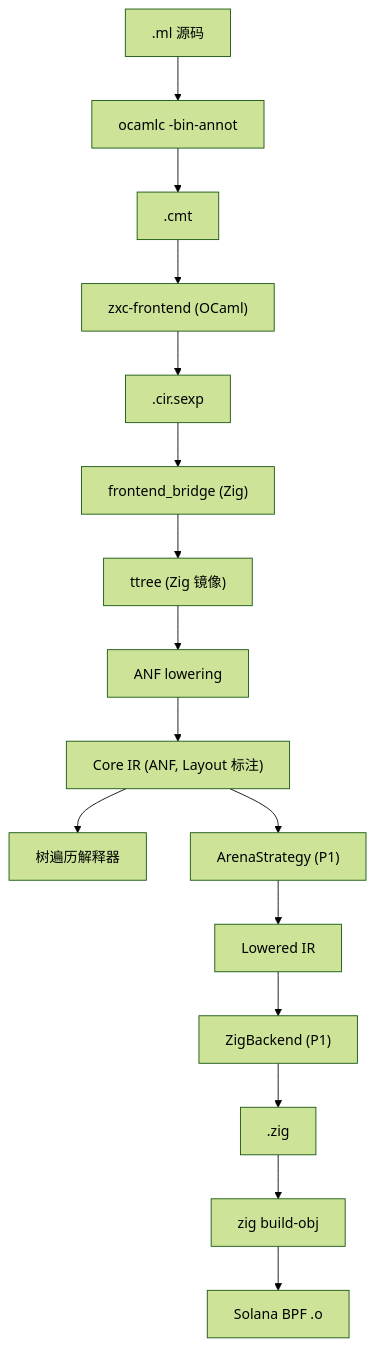
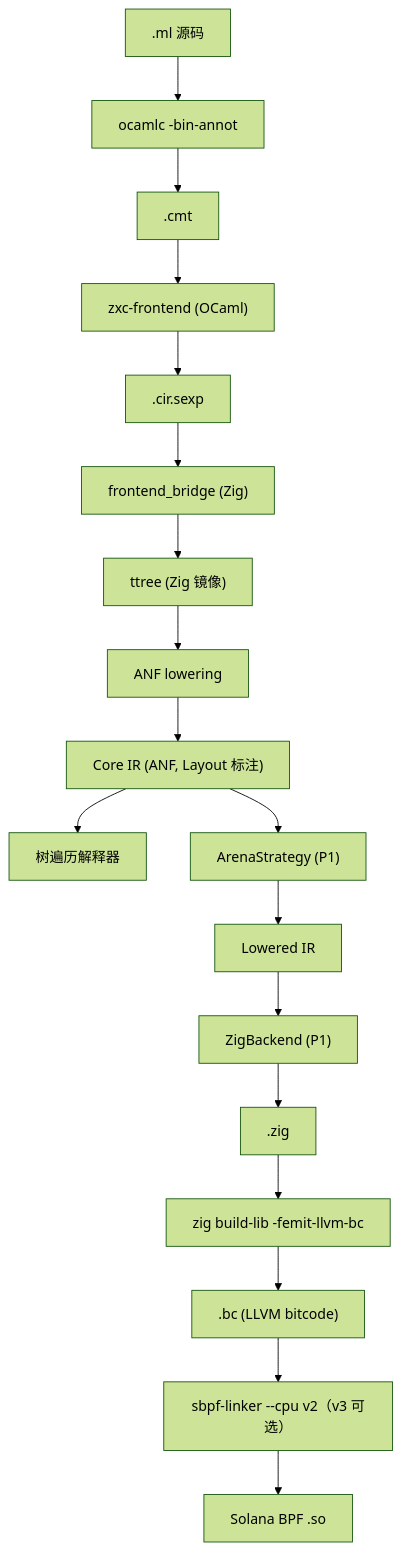
Before and after one commit to DaviRain-Su/zxcaml: the diagram in docs/zh/01-architecture.md, drawn with Mermaid (forest theme). The commit also changed other lines of this file and 1 other file, not shown here.

Commit message:
docs(architecture): align §4 mermaid diagram with §1 toolchain
The previous v3→v2 sweep updated all prose and code blocks but
missed the §4 mermaid diagram in 01-architecture.md, which still
showed `zig build-obj` and `BPF .o`. This change brings it in line
with §1 of the same file: zig build-lib → .bc → sbpf-linker → .so.

````diff
--- a/docs/zh/01-architecture.md
+++ b/docs/zh/01-architecture.md
@@ -138,23 +139,25 @@
 ```mermaid
 flowchart TD
     SRC[".ml 源码"]
     OCAMLC["ocamlc -bin-annot"]
     CMT[".cmt"]
     XFE["zxc-frontend (OCaml)"]
     SEXP[".cir.sexp"]
     BRIDGE["frontend_bridge (Zig)"]
     TT["ttree (Zig 镜像)"]
     ANF["ANF lowering"]
     CIR["Core IR (ANF, Layout 标注)"]
     INTERP["树遍历解释器"]
     LSTRAT["ArenaStrategy (P1)"]
     LIR["Lowered IR"]
     BE["ZigBackend (P1)"]
     ZSRC[".zig"]
-    ZTOOL["zig build-obj"]
-    BPF["Solana BPF .o"]
+    ZTOOL["zig build-lib -femit-llvm-bc"]
+    BC[".bc (LLVM bitcode)"]
+    LINK["sbpf-linker --cpu v2（v3 可选）"]
+    BPF["Solana BPF .so"]
 
     SRC --> OCAMLC --> CMT --> XFE --> SEXP --> BRIDGE --> TT --> ANF --> CIR
     CIR --> INTERP
-    CIR --> LSTRAT --> LIR --> BE --> ZSRC --> ZTOOL --> BPF
+    CIR --> LSTRAT --> LIR --> BE --> ZSRC --> ZTOOL --> BC --> LINK --> BPF
 ```
````
